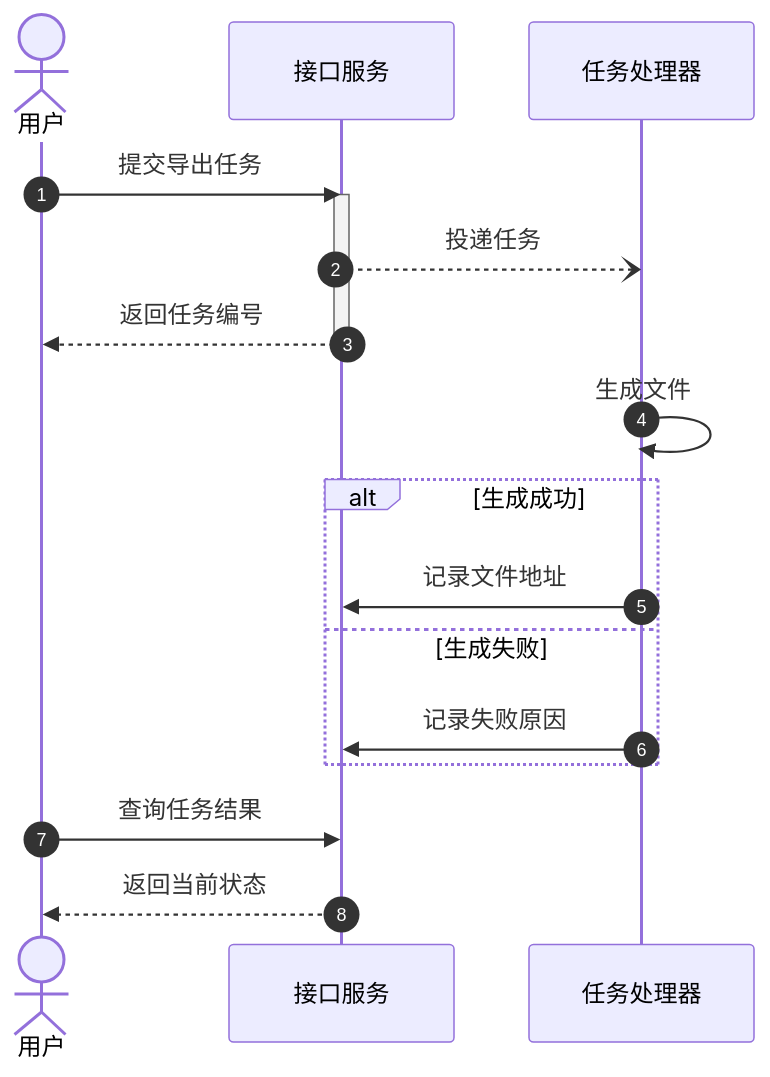
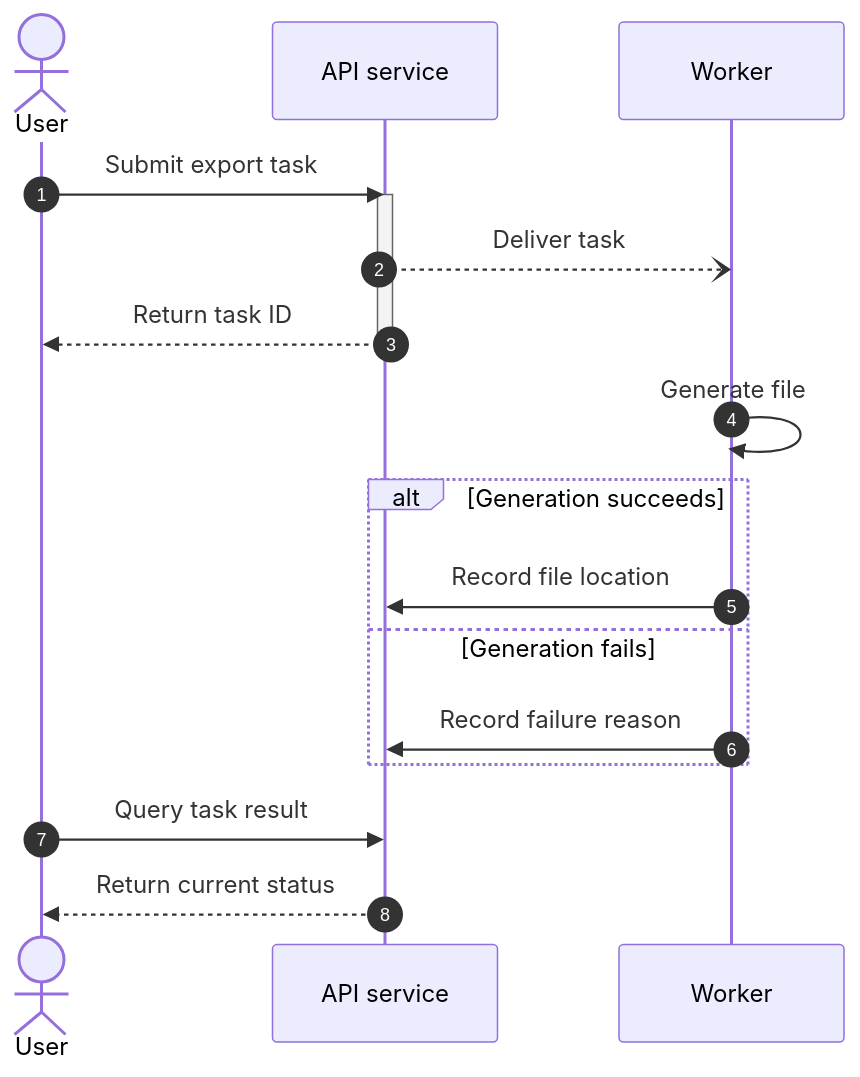
The diagram in skills/fuxian-diagram/references/mermaid/sequence.md (def-peter/fuxian), drawn with Mermaid before and after one commit. The commit also changed other lines of this file and 43 other files, not shown here.

Commit message:
feat(skills): internationalize diagram guides and expand type selection

````diff
--- a/skills/fuxian-diagram/references/mermaid/sequence.md
+++ b/skills/fuxian-diagram/references/mermaid/sequence.md
@@ -7,20 +7,20 @@
 ```mermaid
 sequenceDiagram
   autonumber
-  actor User as 用户
-  participant API as 接口服务
-  participant Worker as 任务处理器
-  User->>API: 提交导出任务
+  actor User as User
+  participant API as API service
+  participant Worker as Worker
+  User->>API: Submit export task
   activate API
-  API--)Worker: 投递任务
-  API-->>User: 返回任务编号
+  API--)Worker: Deliver task
+  API-->>User: Return task ID
   deactivate API
-  Worker->>Worker: 生成文件
-  alt 生成成功
-    Worker->>API: 记录文件地址
-  else 生成失败
-    Worker->>API: 记录失败原因
+  Worker->>Worker: Generate file
+  alt Generation succeeds
+    Worker->>API: Record file location
+  else Generation fails
+    Worker->>API: Record failure reason
   end
-  User->>API: 查询任务结果
-  API-->>User: 返回当前状态
+  User->>API: Query task result
+  API-->>User: Return current status
 ```
````
